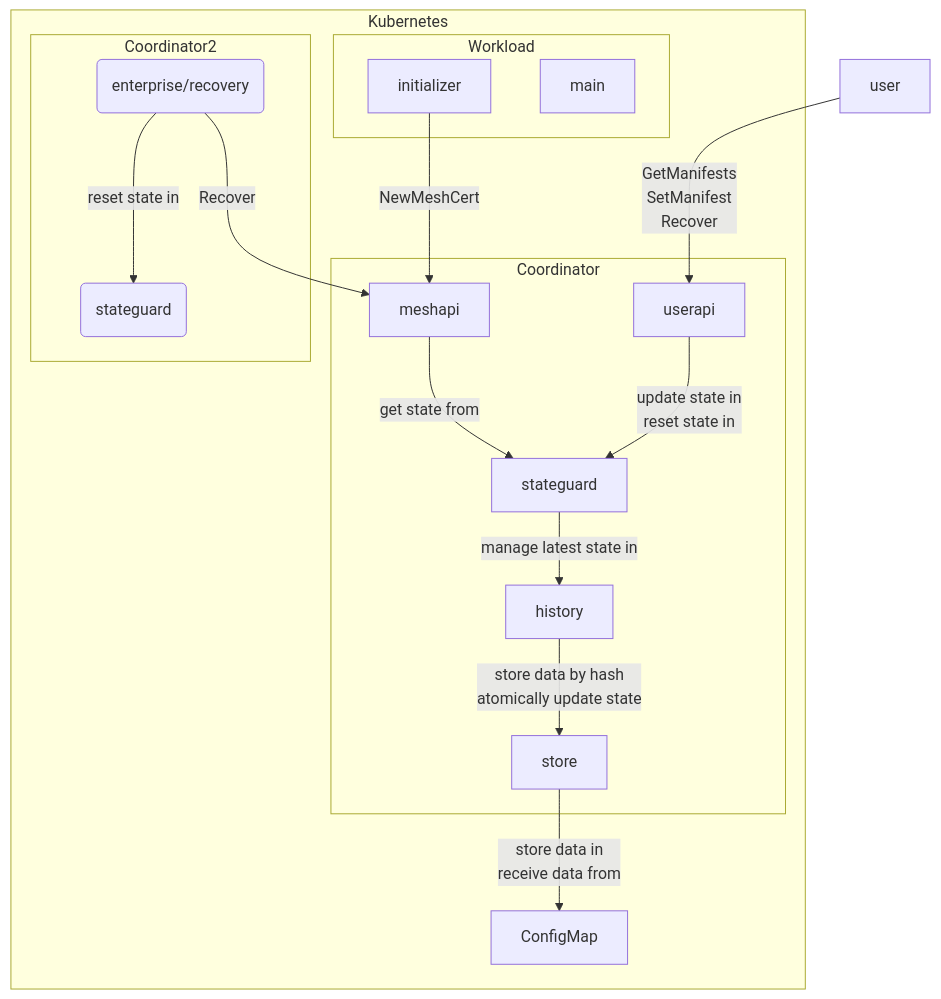
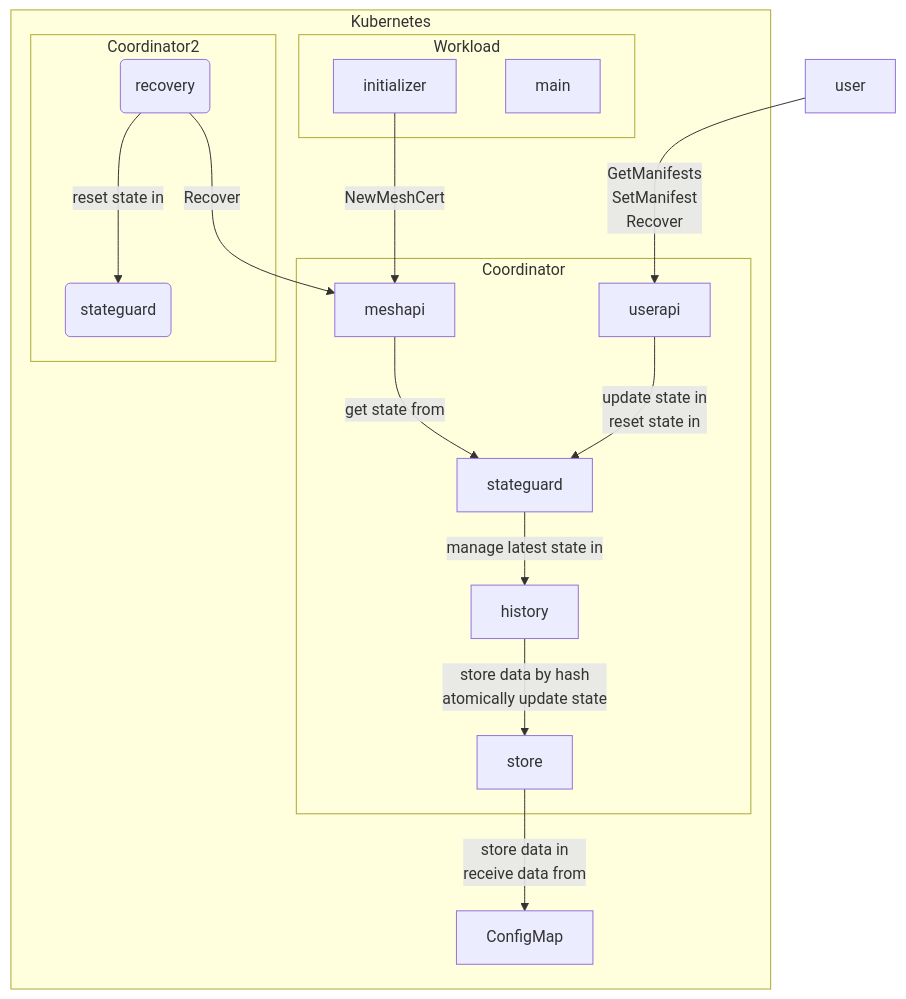
Before and after one commit to edgelesssys/contrast: the diagram in coordinator/README.md, drawn with Mermaid. The commit also changed other lines of this file and 2 other files, not shown here.

Commit message:
coordinator: update architectural docs

````diff
--- a/coordinator/README.md
+++ b/coordinator/README.md
@@ -7,34 +7,34 @@
 ```mermaid
 graph TB
     subgraph Coordinator
             userapi -->|update state in<br/>reset state in| stateguard
             meshapi -->|get state from| stateguard
             stateguard -->|manage latest state in| history
             history -->|store data by hash<br/>atomically update state| store
     end
 
     subgraph Workload
         initializer -->|NewMeshCert| meshapi
         main
     end
 
     subgraph Coordinator2
-        enterprise2(enterprise/recovery)
+        recovery2(recovery)
         stateguard2(stateguard)
-        enterprise2 -->|reset state in| stateguard2
+        recovery2 -->|reset state in| stateguard2
     end
 
     subgraph Kubernetes
         Workload
         Coordinator
         Coordinator2
         ConfigMap
     end
 
 
     store -->|store data in<br/>receive data from| ConfigMap
 
     user -->|GetManifests<br/>SetManifest<br>Recover| userapi
 
-    enterprise2 -->|Recover| meshapi
+    recovery2 -->|Recover| meshapi
 ```
````
